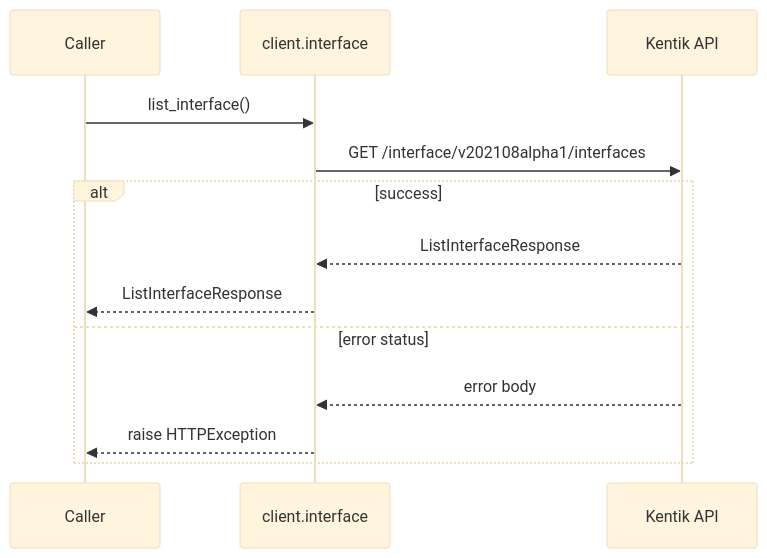
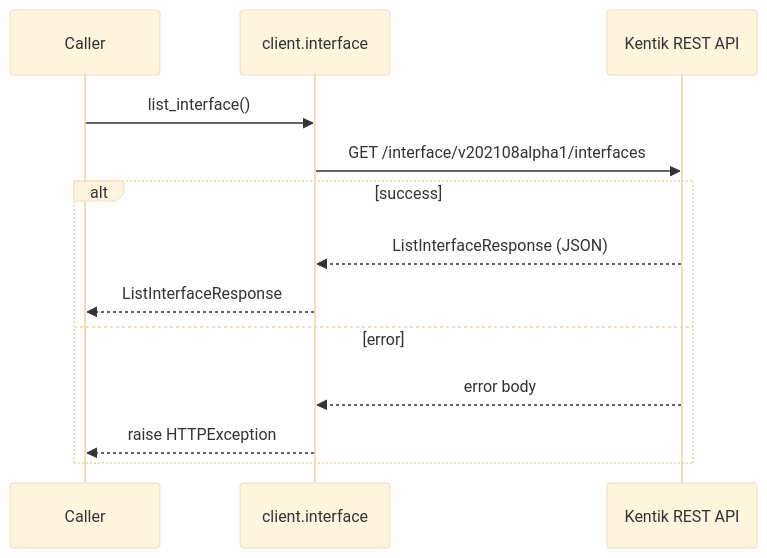
The second of 14 diagrams in docs/sphinx/services/interface.md (alexdearaujo/community_sdk_python), drawn with Mermaid (base theme) before and after one commit. The commit also changed other lines of this file and 61 other files, not shown here.

````diff
--- a/docs/sphinx/services/interface.md
+++ b/docs/sphinx/services/interface.md
@@ -33,16 +35,16 @@
 ```mermaid
 sequenceDiagram
     participant C as Caller
     participant W as client.interface
-    participant API as Kentik API
+    participant API as Kentik REST API
 
     C->>W: list_interface()
     W->>API: GET /interface/v202108alpha1/interfaces
     alt success
-        API-->>W: ListInterfaceResponse
+        API-->>W: ListInterfaceResponse (JSON)
         W-->>C: ListInterfaceResponse
-    else error status
+    else error
         API-->>W: error body
         W-->>C: raise HTTPException
     end
 ```
````
